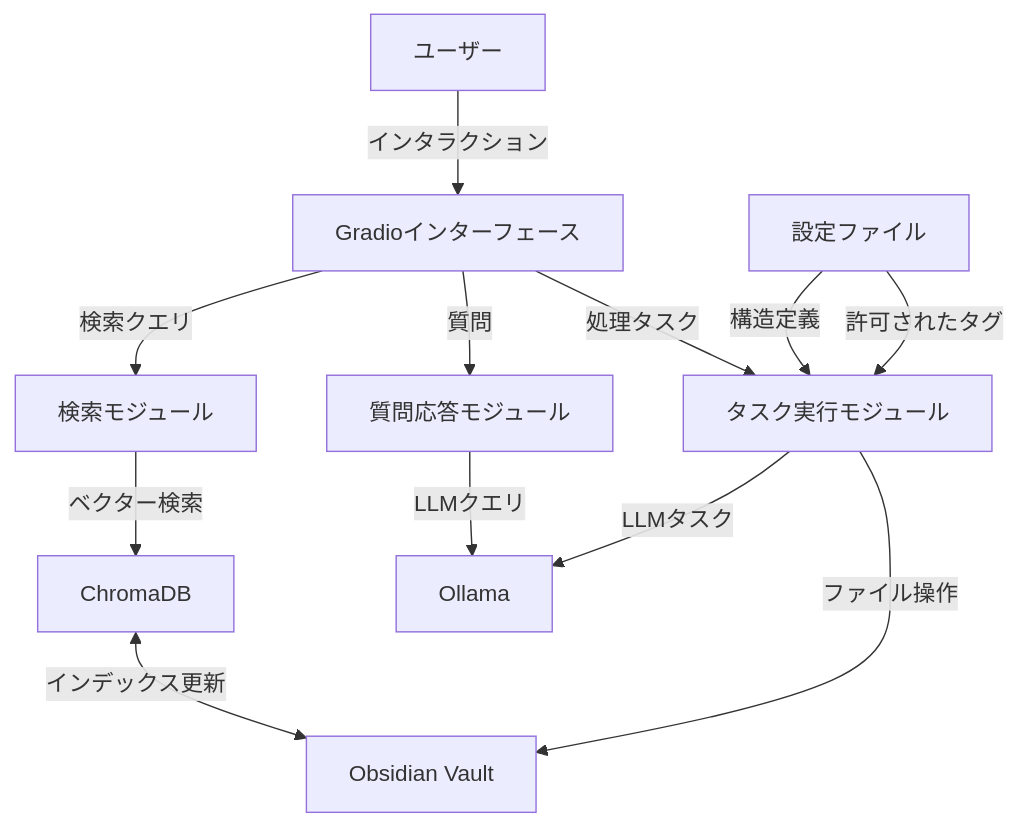
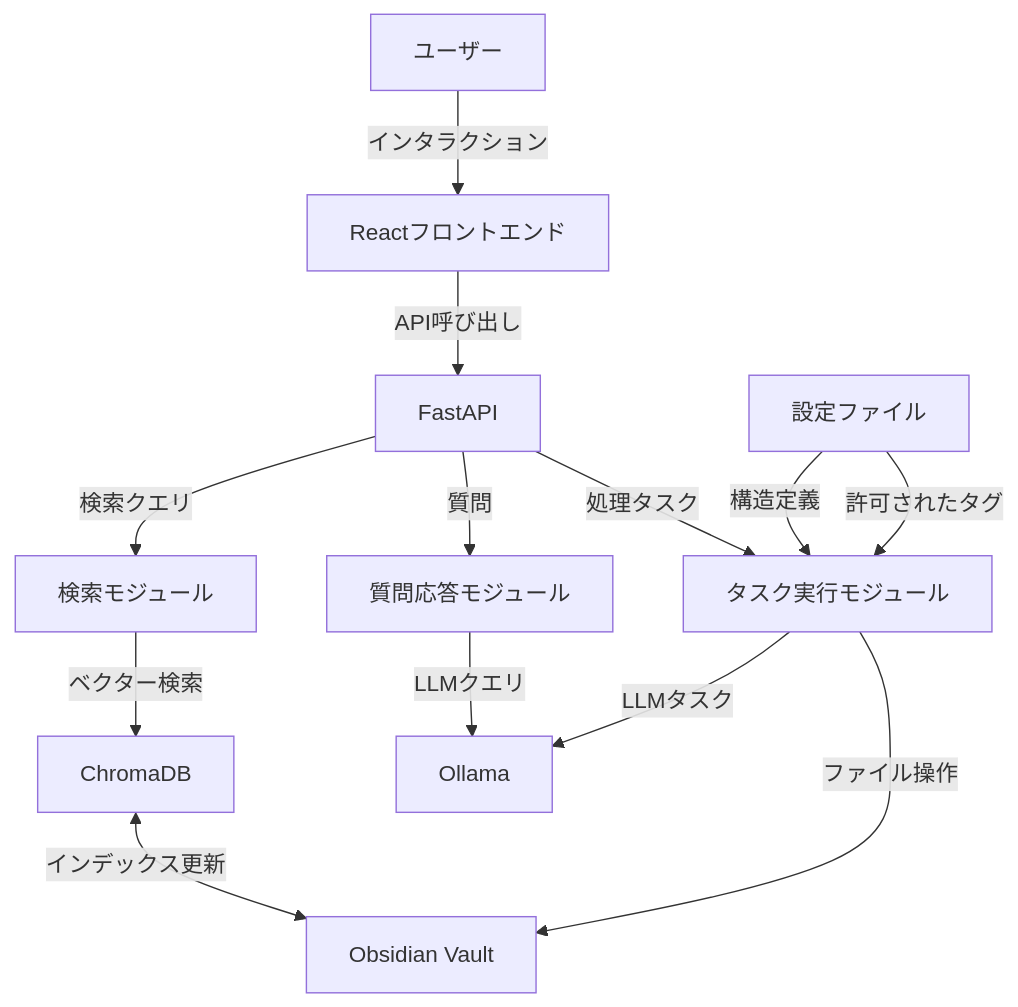
One commit to NewAITees/Obsidian-Concierge changed the diagram in docs/PRD.md. Above: the diagram before and after it, drawn with Mermaid. The commit also changed other lines of this file and 41 other files, not shown here.

````diff
--- a/docs/PRD.md
+++ b/docs/PRD.md
@@ -17,17 +18,18 @@
 ```mermaid
 graph TD
-    A[ユーザー] -->|インタラクション| B[Gradioインターフェース]
-    B -->|検索クエリ| C[検索モジュール]
-    B -->|質問| D[質問応答モジュール]
-    B -->|処理タスク| E[タスク実行モジュール]
+    A[ユーザー] -->|インタラクション| B[Reactフロントエンド]
+    B -->|API呼び出し| C[FastAPI]
+    C -->|検索クエリ| D[検索モジュール]
+    C -->|質問| E[質問応答モジュール]
+    C -->|処理タスク| F[タスク実行モジュール]
     
-    C -->|ベクター検索| F[ChromaDB]
-    D -->|LLMクエリ| G[Ollama]
-    E -->|LLMタスク| G
+    D -->|ベクター検索| G[ChromaDB]
+    E -->|LLMクエリ| H[Ollama]
+    F -->|LLMタスク| H
     
-    F <-->|インデックス更新| H[Obsidian Vault]
-    E -->|ファイル操作| H
+    G <-->|インデックス更新| I[Obsidian Vault]
+    F -->|ファイル操作| I
     
-    I[設定ファイル] -->|構造定義| E
-    I -->|許可されたタグ| E
+    J[設定ファイル] -->|構造定義| F
+    J -->|許可されたタグ| F
 ```
````
